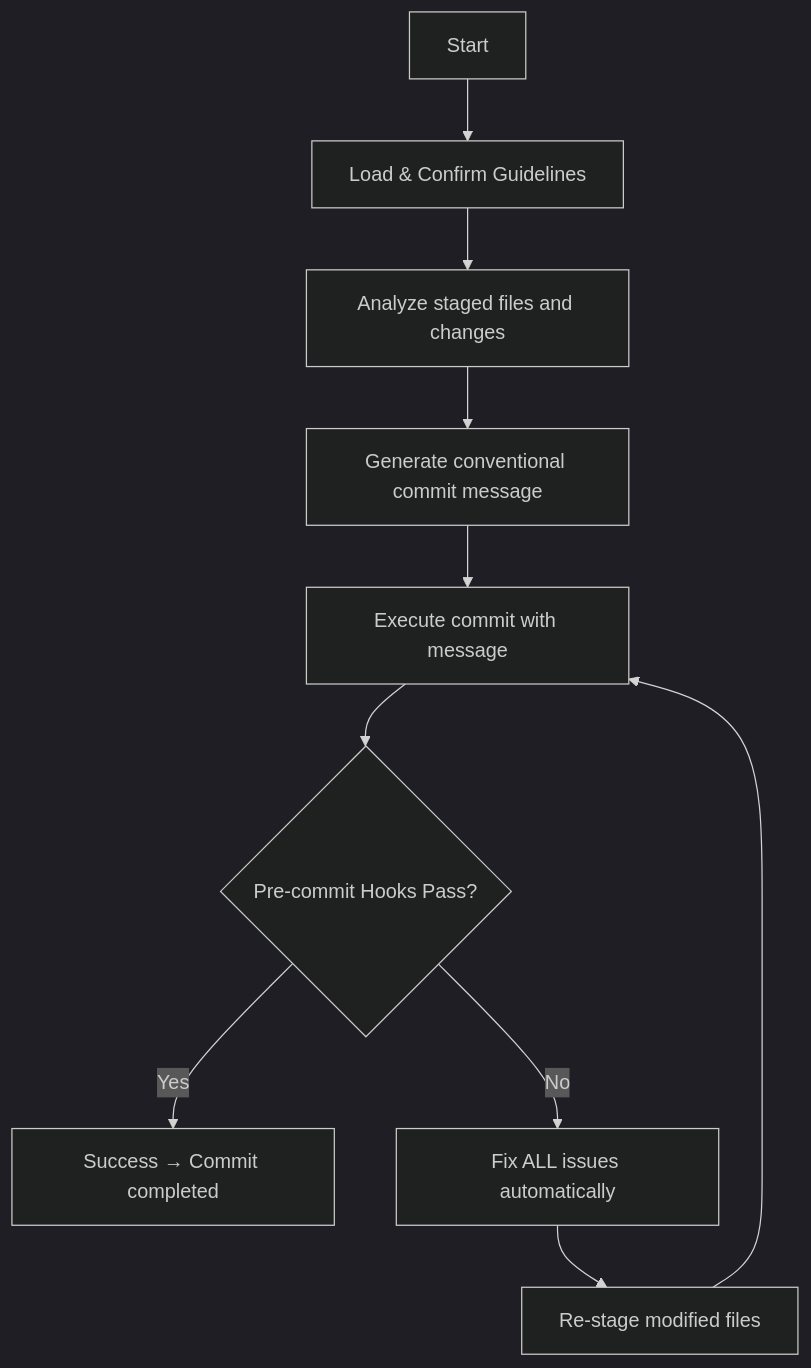
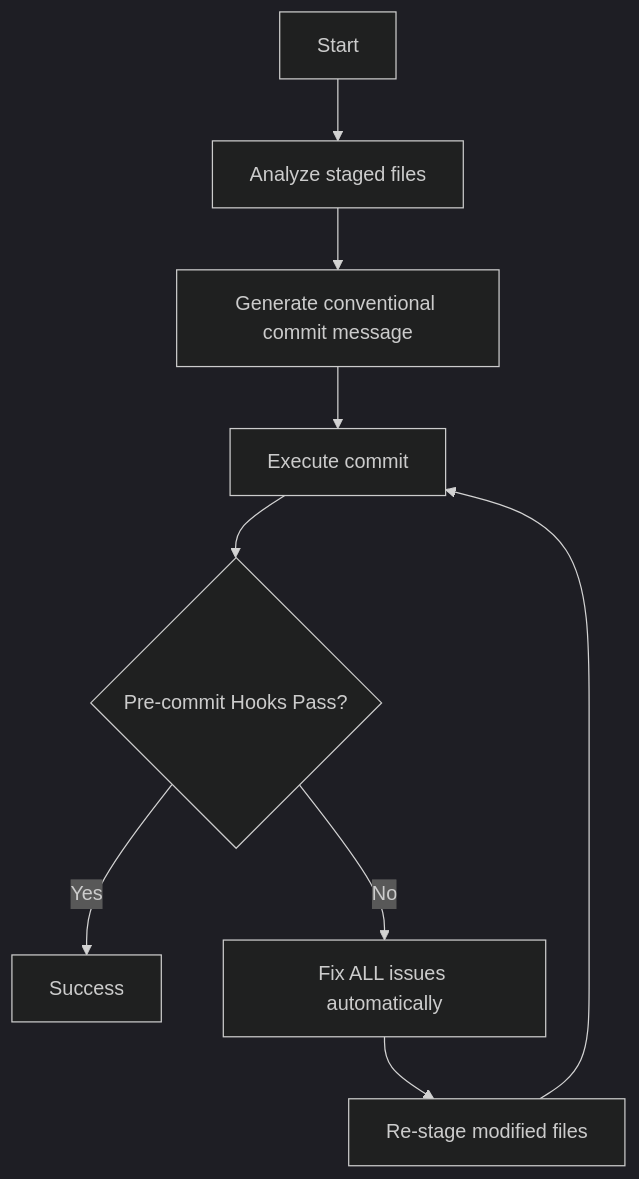
The diagram in .claude/commands/commit.md (MetaMask/metamask-mobile), drawn with Mermaid (dark theme) before and after one commit. The commit also changed other lines of this file and 6 other files, not shown here.

````diff
--- a/.claude/commands/commit.md
+++ b/.claude/commands/commit.md
@@ -48,12 +24,11 @@
 ```mermaid
 flowchart TD
-    A[Start] --> B[Load & Confirm Guidelines]
-    B --> C[Analyze staged files and changes]
-    C --> D[Generate conventional commit message]
-    D --> E[Execute commit with message]
-    E --> F{Pre-commit Hooks Pass?}
-    F -->|Yes| G[Success → Commit completed]
-    F -->|No| H[Fix ALL issues automatically]
-    H --> I[Re-stage modified files]
-    I --> E
+    A[Start] --> B[Analyze staged files]
+    B --> C[Generate conventional commit message]
+    C --> D[Execute commit]
+    D --> E{Pre-commit Hooks Pass?}
+    E -->|Yes| F[Success]
+    E -->|No| G[Fix ALL issues automatically]
+    G --> H[Re-stage modified files]
+    H --> D
 ```
````
